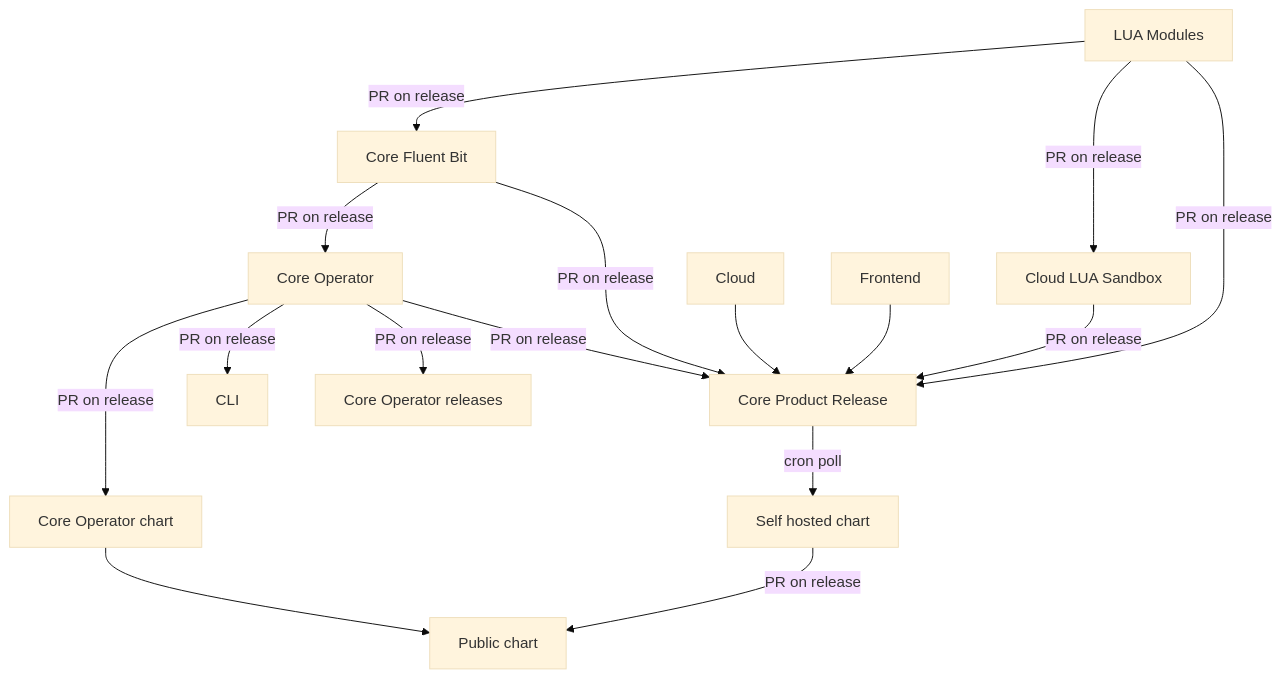
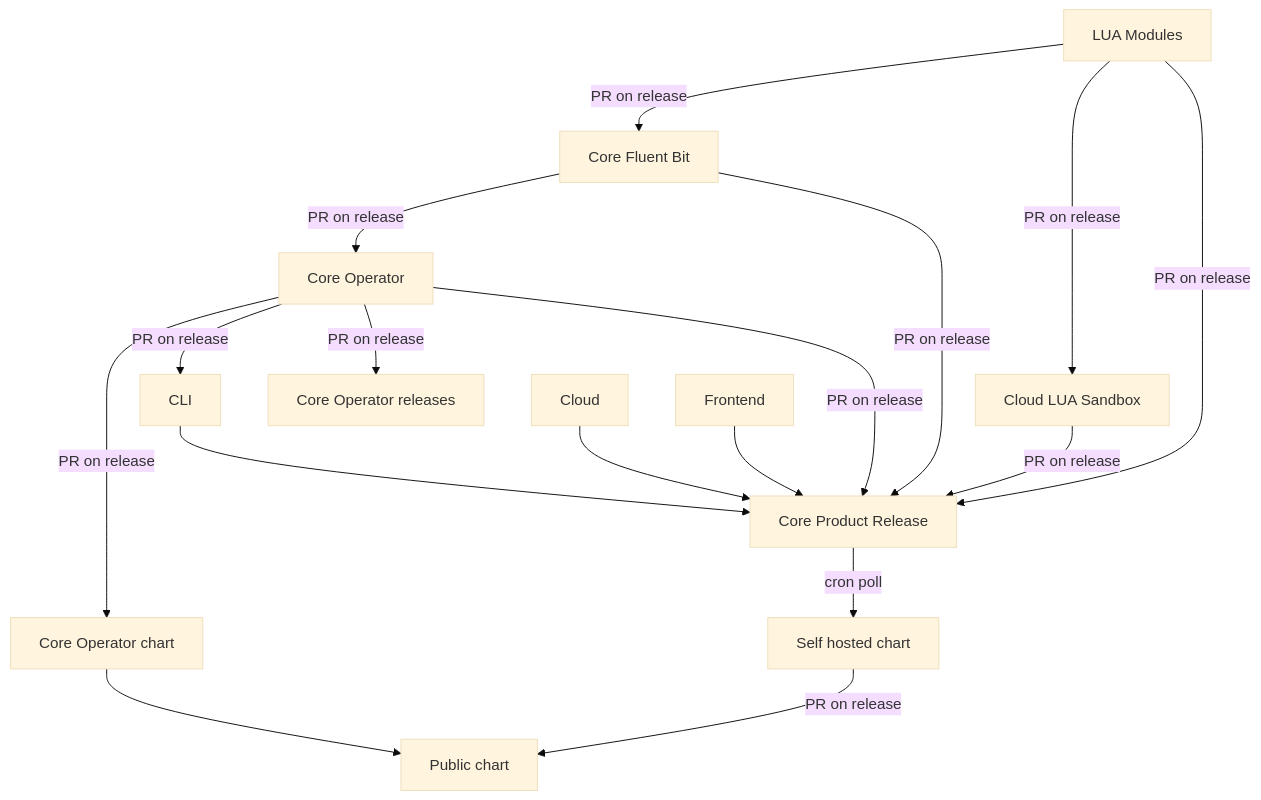
The diagram in README.md (chronosphereio/calyptia-core-product-release), drawn with Mermaid (base theme) before and after one commit.

Commit message:
docs: add CLI-CPR

````diff
--- a/README.md
+++ b/README.md
@@ -11,23 +11,24 @@
 ```mermaid
 graph TD;
    LM[LUA Modules]-- PR on release -->CFB[Core Fluent Bit];
    LM[LUA Modules]-- PR on release -->CLS[Cloud LUA Sandbox];
    LM[LUA Modules]-- PR on release -->CPR[Core Product Release];
 
    CFB[Core Fluent Bit]-- PR on release -->CO[Core Operator];
    CFB[Core Fluent Bit]-- PR on release -->CPR[Core Product Release];
 
    CO[Core Operator]-- PR on release -->COC[Core Operator chart];
    CO[Core Operator]-- PR on release -->CLI;
    CO[Core Operator]-- PR on release -->COR[Core Operator releases];
    CO[Core Operator]-- PR on release -->CPR[Core Product Release];
 
    COC[Core Operator chart]-->PC[Public chart];
 
+   CLI-->CPR[Core Product Release];
    Cloud-->CPR[Core Product Release];
    Frontend-->CPR[Core Product Release];
    CLS[Cloud LUA Sandbox]-- PR on release -->CPR[Core Product Release];
 
    CPR[Core Product Release]-- cron poll -->SHC[Self hosted chart];
    SHC[Self hosted chart]-- PR on release -->PC[Public chart];
 ```
````
